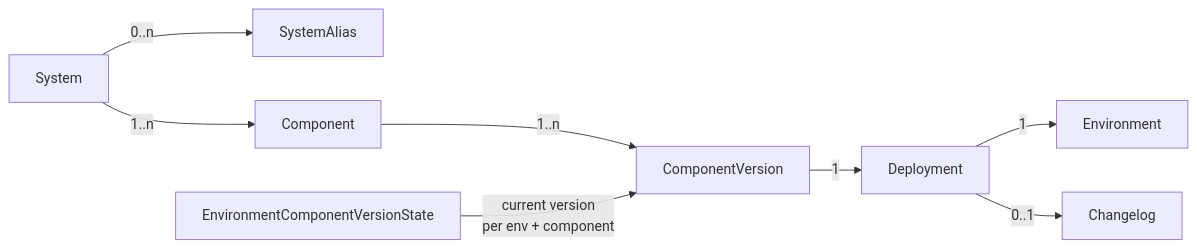
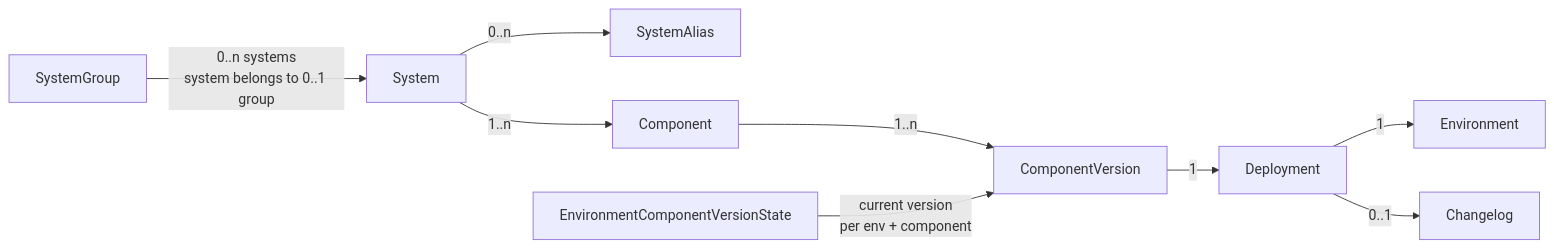
The second of 3 diagrams in docs/architecture.md (jeap-admin-ch/jeap-deploymentlog-service), drawn with Mermaid before and after one commit. The commit also changed other lines of this file and 24 other files, not shown here.

Commit message:
JEAP-7507: Add system group management API and update related documentation

````diff
--- a/docs/architecture.md
+++ b/docs/architecture.md
@@ -44,19 +44,21 @@
 ```mermaid
 flowchart LR
   System["System"]
+  Group["SystemGroup"]
   Alias["SystemAlias"]
   Component["Component"]
   CV["ComponentVersion"]
   Deployment["Deployment"]
   Env["Environment"]
   State["EnvironmentComponentVersionState"]
   Changelog["Changelog"]
 
   System -->|" 1..n "| Component
   System -->|" 0..n "| Alias
+  Group -->|" 0..n systems<br/>system belongs to 0..1 group "| System
   Component -->|" 1..n "| CV
   CV -->|" 1 "| Deployment
   Deployment -->|" 1 "| Env
   Deployment -->|" 0..1 "| Changelog
   State -->|" current version<br/>per env + component "| CV
 ```
````
